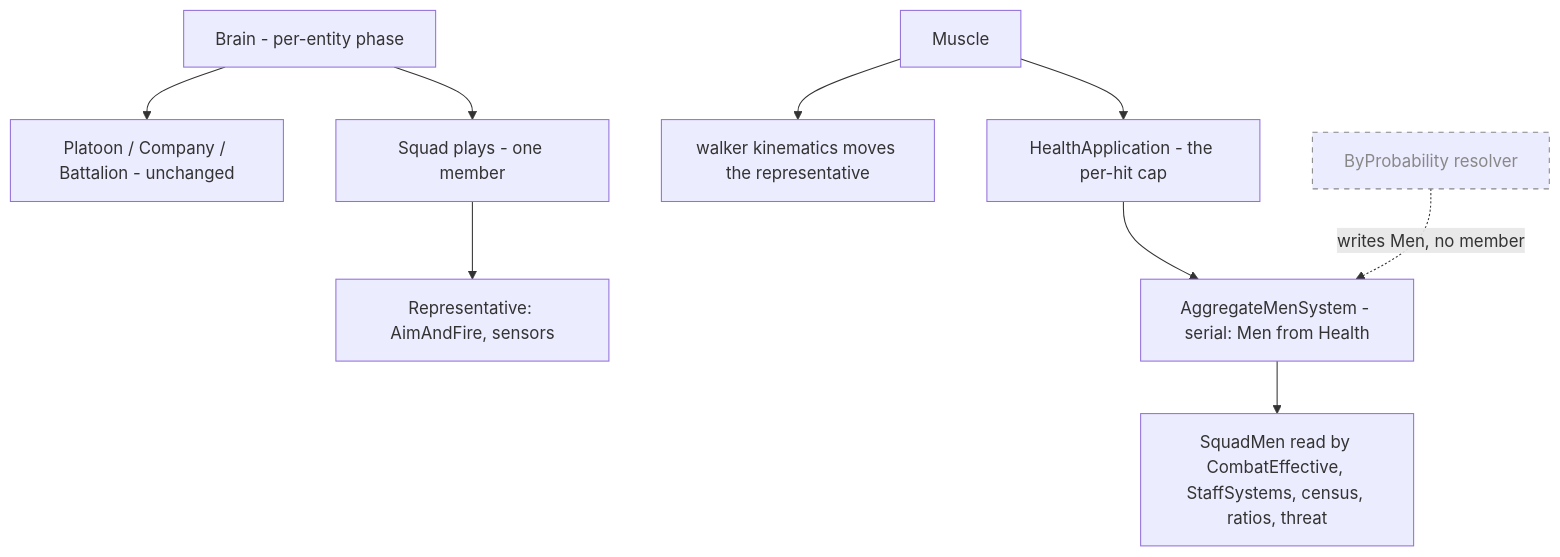
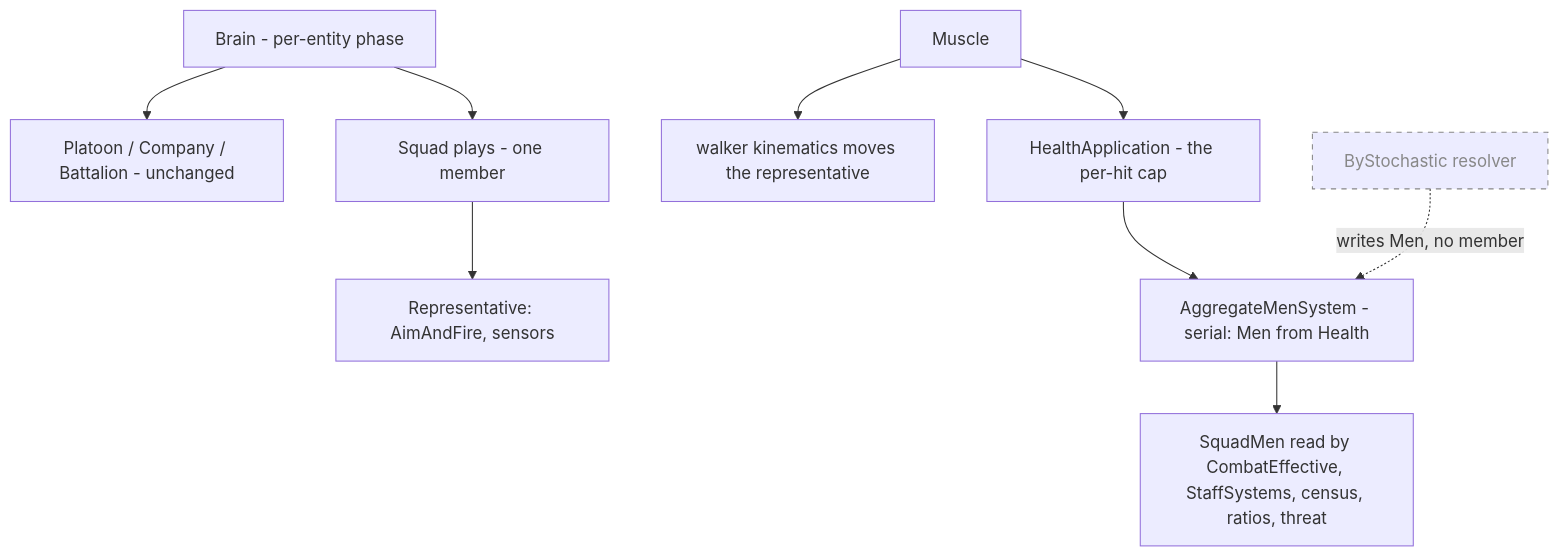
Before and after one commit to pjanec/HROT: the third of 4 diagrams in docs/designs/aggregate-units/DESIGN_Aggregate_Squad.md, drawn with Mermaid. The commit also changed other lines of this file and 2 other files, not shown here.

First line of the commit message:
docs(CE-4611): names — FusionSquad (one FusionSoldier) and StochasticSquad (R-4247)

````diff
--- a/docs/designs/aggregate-units/DESIGN_Aggregate_Squad.md
+++ b/docs/designs/aggregate-units/DESIGN_Aggregate_Squad.md
@@ -138,12 +137,12 @@
 ```mermaid
 graph TD
   BR[Brain - per-entity phase] --> PL[Platoon / Company / Battalion - unchanged]
   BR --> SQ[Squad plays - one member]
   SQ --> REP[Representative: AimAndFire, sensors]
   MU[Muscle] --> KIN[walker kinematics moves the representative]
   MU --> DMG[HealthApplication - the per-hit cap]
   DMG --> MEN[AggregateMenSystem - serial: Men from Health]
   MEN --> SEAM[SquadMen read by CombatEffective, StaffSystems, census, ratios, threat]
-  LATER[ByProbability resolver]:::later -.writes Men, no member.-> MEN
+  LATER[ByStochastic resolver]:::later -.writes Men, no member.-> MEN
   classDef later stroke:#888,color:#888,stroke-dasharray: 5 5
 ```
````
